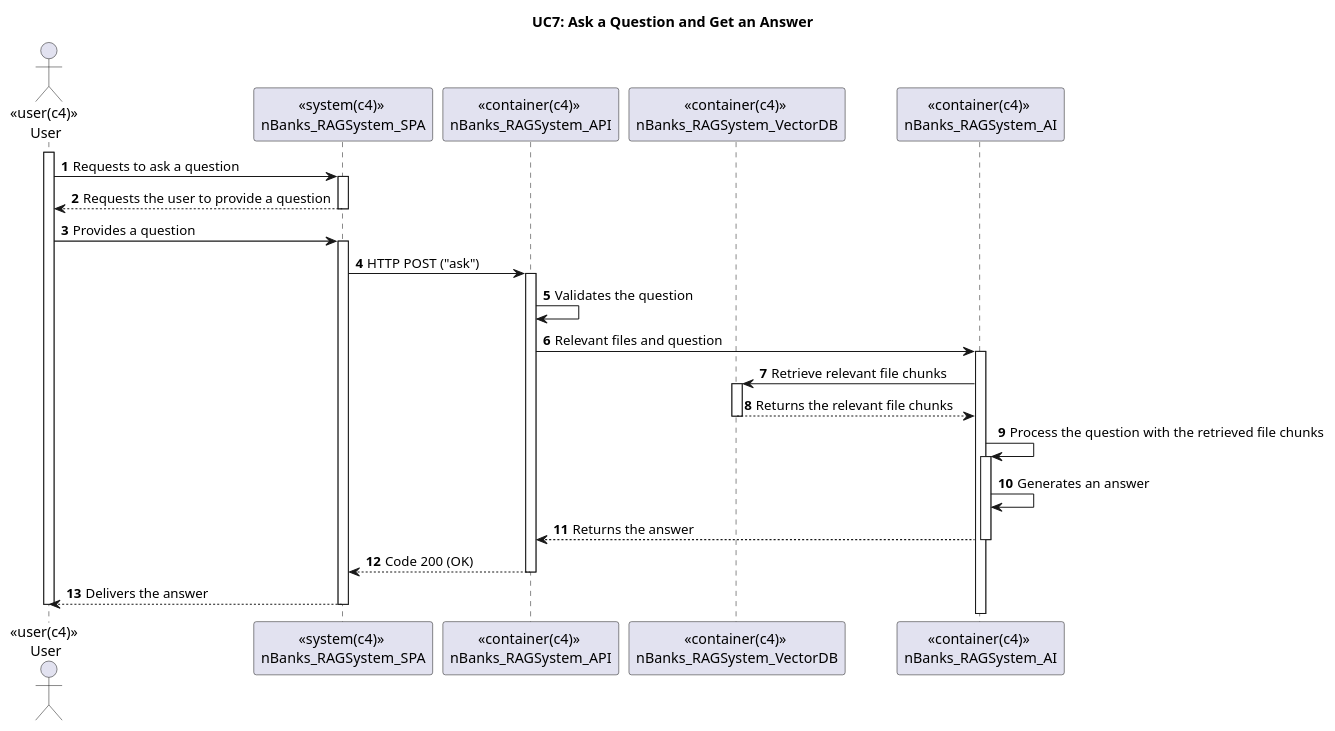
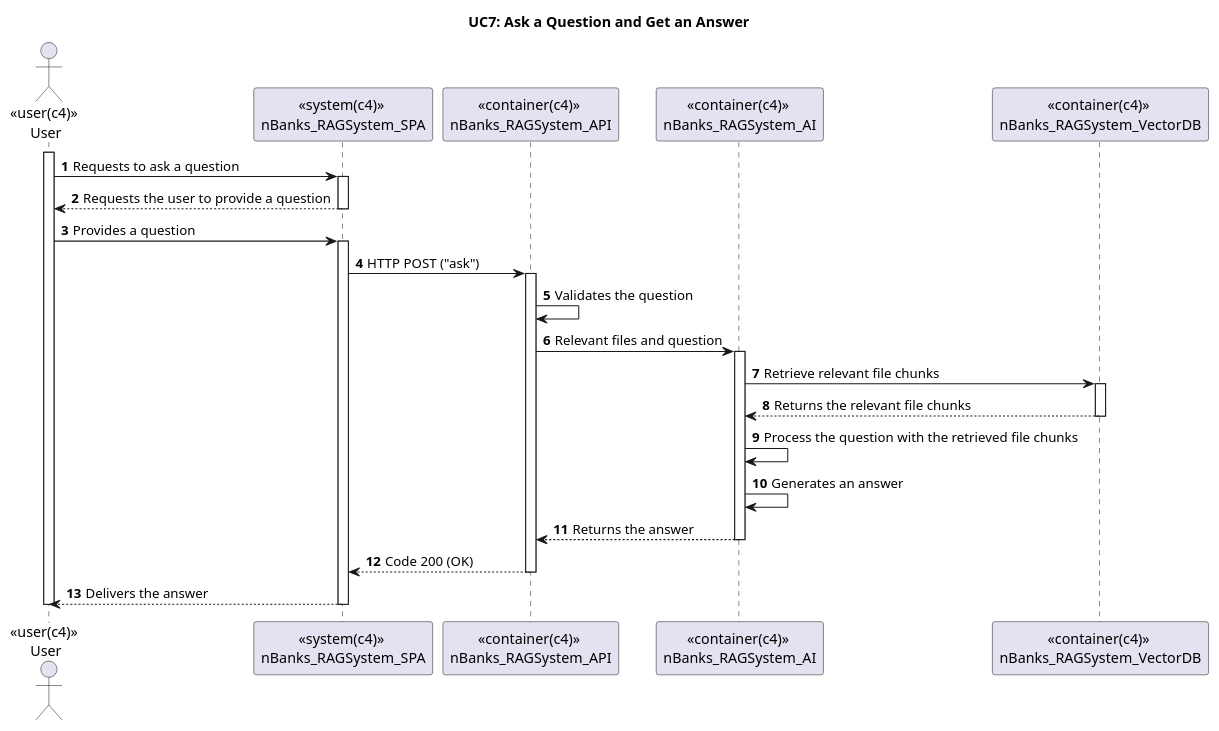
One commit to Ana6363/RAGSystem_Wiki changed the diagram in UC7/Level2.puml. Above: the diagram before and after it, drawn with PlantUML. The commit also changed 4 other files, not shown here.

Commit message:
small corrections to diagrams

```diff
--- a/UC7/Level2.puml
+++ b/UC7/Level2.puml
@@ -1,41 +1,40 @@
 @startuml
 
 title UC7: Ask a Question and Get an Answer
 
 
 autonumber
 
 actor "<<user(c4)>> \nUser" as user
 participant "<<system(c4)>> \nnBanks_RAGSystem_SPA" as sys
 participant "<<container(c4)>> \nnBanks_RAGSystem_API" as api
+participant "<<container(c4)>> \nnBanks_RAGSystem_AI" as ai
 participant "<<container(c4)>> \nnBanks_RAGSystem_VectorDB" as db2
-participant "<<container(c4)>> \nnBanks_RAGSystem_AI" as ai
 
 activate user
 user -> sys : Requests to ask a question
 activate sys
 sys --> user: Requests the user to provide a question
 deactivate sys
 user -> sys : Provides a question
 activate sys
 sys -> api: HTTP POST ("ask")
 activate api
 api -> api: Validates the question
 api -> ai: Relevant files and question
 activate ai
 ai -> db2: Retrieve relevant file chunks
 activate db2
 db2 --> ai: Returns the relevant file chunks
 deactivate db2
 ai -> ai: Process the question with the retrieved file chunks
-activate ai
 ai -> ai: Generates an answer
 ai --> api: Returns the answer
 deactivate ai
 api --> sys: Code 200 (OK)
 deactivate api
 sys --> user: Delivers the answer
 deactivate sys
 deactivate user
 
 @enduml
```
